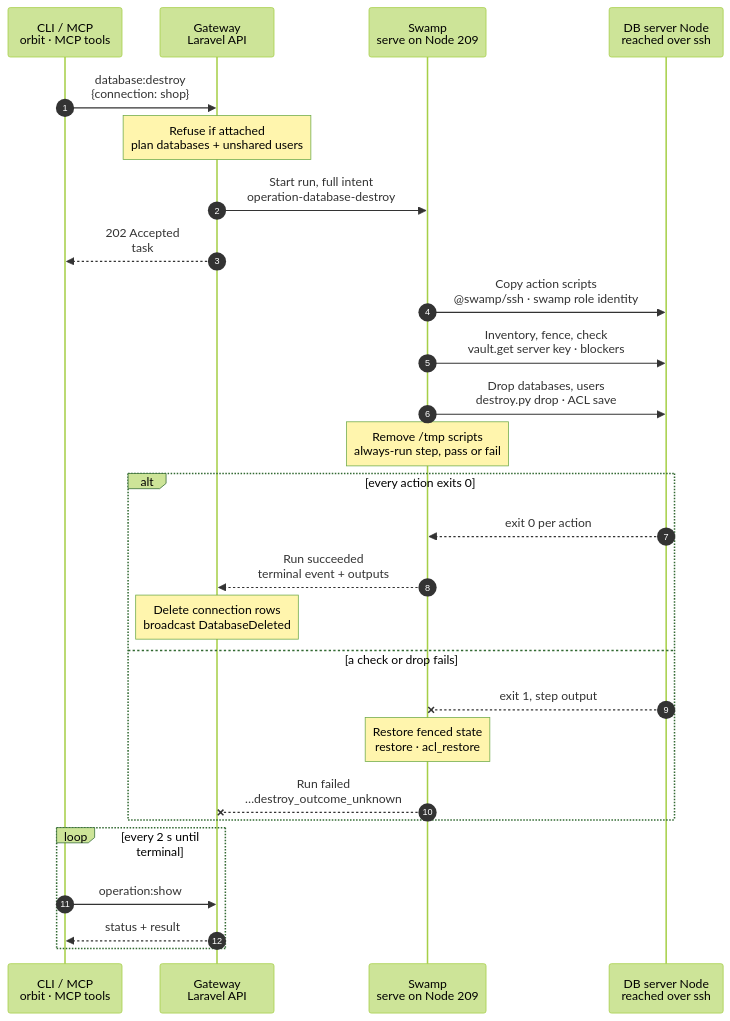
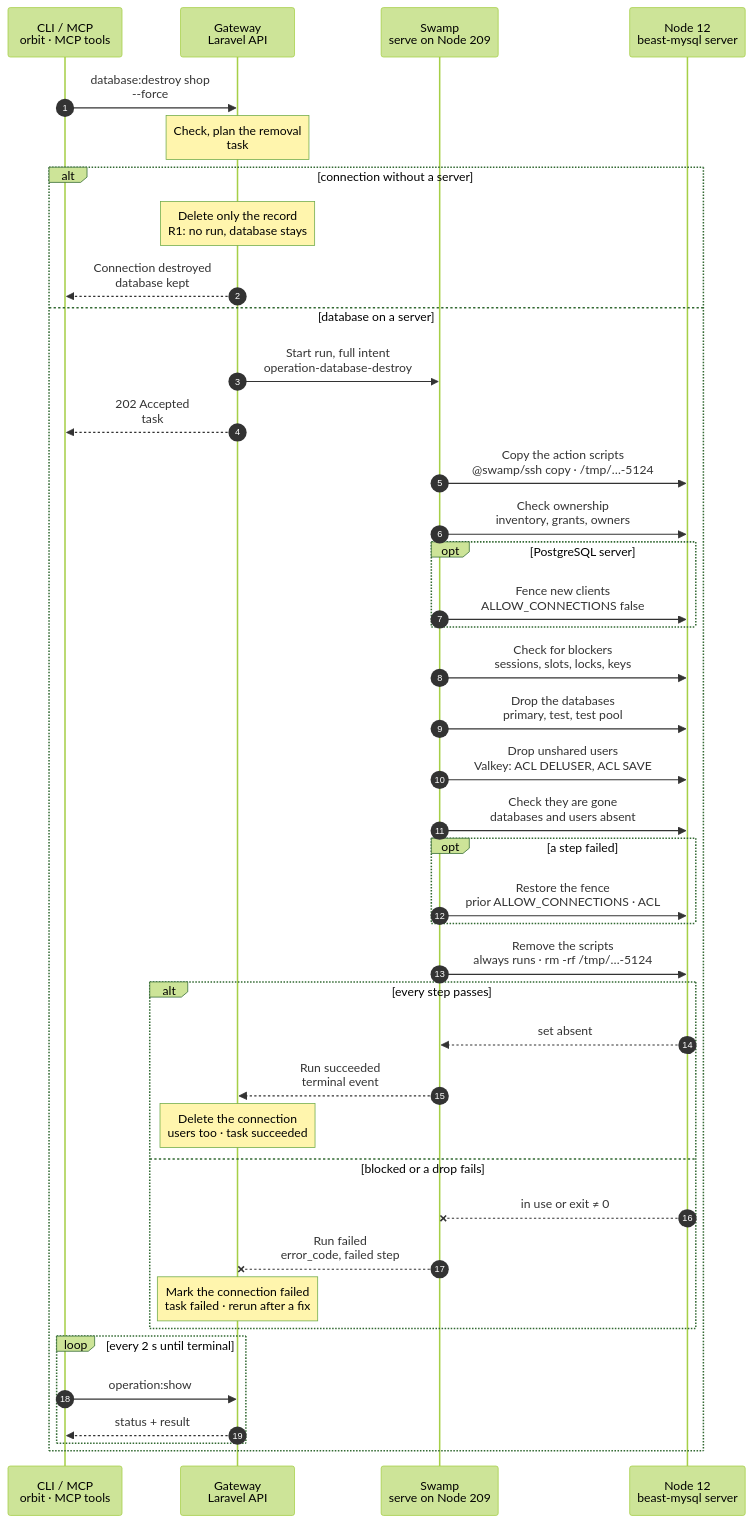
One commit to hardimpactdev/orbit changed the diagram in docs/flows/database.destroy.mmd. Above: the diagram before and after it, drawn with Mermaid (forest theme). The commit also changed 8 other files, not shown here.

First line of the commit message:
docs(flows): wave 4 database charts (#2437)

```diff
--- a/docs/flows/database.destroy.mmd
+++ b/docs/flows/database.destroy.mmd
@@ -1,33 +1,157 @@
 sequenceDiagram
-  %% Target design: ADR 0244 task + single-swamp-node; DECISIONS R3 (server key by name, no root password in intent), 5 (swamp role SSH identity), always-run cleanup.
+  %% Target design: ADR 0244 task, DECISIONS R1-R4, 5 (swamp role SSH identity), round 2 bugs (server admin password by its own vault key, cleanup on pass or fail). docs/reference/database-servers.md#remove-a-database.
   %% status: draft
+  %% command: database:destroy
   autonumber
   %% lane CLI icon=terminal pill=caller tone=gray
   %% lane GW icon=gateway pill=intent tone=blue
   %% lane SW icon=workflow pill=executes tone=green
   %% lane N icon=server pill=target tone=amber
   participant CLI as CLI / MCP<br/>orbit · MCP tools
   participant GW as Gateway<br/>Laravel API
   participant SW as Swamp<br/>serve on Node 209
-  participant N as DB server Node<br/>reached over ssh
-  CLI->>GW: database:destroy<br/>{connection: shop}
-  Note over GW: Refuse if attached<br/>plan databases + unshared users
-  GW->>SW: Start run, full intent<br/>operation-database-destroy
-  GW-->>CLI: 202 Accepted<br/>task #5124
-  SW->>N: Copy action scripts<br/>@swamp/ssh · swamp role identity
-  SW->>N: Inventory, fence, check<br/>vault.get server key · blockers
-  SW->>N: Drop databases, users<br/>destroy.py drop · ACL save
-  Note over SW: Remove /tmp scripts<br/>always-run step, pass or fail
-  alt every action exits 0
-    N-->>SW: exit 0 per action
-    SW-->>GW: Run succeeded<br/>terminal event + outputs
-    Note over GW: Delete connection rows<br/>broadcast DatabaseDeleted
-  else a check or drop fails
-    N--xSW: exit 1, step output
-    Note over SW: Restore fenced state<br/>restore · acl_restore
-    SW--xGW: Run failed<br/>…destroy_outcome_unknown
+  participant N as Node 12<br/>beast-mysql server
+  CLI->>GW: database:destroy shop<br/>--force
+  %%> Command:
+  %%> - `orbit database:destroy shop --force`
+  %%> - syntax: `<slug> [--force] [--idempotency-key=KEY]`
+  %%> Input:
+  %%> - the connection slug, as `database:list` shows it
+  %%> Confirmation:
+  %%> - without `--force`, the CLI asks first; the default is No
+  %%> - with `--json` or without a terminal, `--force` is required (`database.confirmation_required`)
+  Note over GW: Check, plan the removal<br/>task #5124 · lock beast-mysql
+  %%> Requirements:
+  %%> - your Node has an access grant to Node 12
+  %%> - no Instance attaches `shop` (`database.connection_attached`); detach with `instance:database:remove` first
+  %%> - AI router setup and Analytics do not use it
+  %%> - no database creation or other removal runs on `beast-mysql`; the Gateway holds one lock per Database server
+  %%> Plans:
+  %%> - the databases: `shop`, its test database and, on PostgreSQL, the recorded test pool
+  %%> - the users Orbit created for `shop` that no other connection on the server uses
+  %%> - system databases such as `mysql` or `postgres` are refused before any run
+  %%> Decides:
+  %%> - whether only the record goes, or the database must leave the server
+  alt connection without a server
+    Note over GW: Delete only the record<br/>R1: no run, database stays
+    %%> When:
+    %%> - a registered external database or SQLite file, or a Valkey connection that logs in as `default`
+    %%> Result:
+    %%> - connection `shop` is deleted
+    %%> - the database itself stays where it is; Orbit never created it
+    %%> - no Swamp run starts (R1)
+    GW-->>CLI: Connection destroyed<br/>database kept
+    %%> What you get:
+    %%> - the final result at once; there is nothing to follow
+  else database on a server
+    GW->>SW: Start run, full intent<br/>operation-database-destroy
+    %%> What it does:
+    %%> - starts one Swamp run on serve (Node 209)
+    %%> Inputs:
+    %%> - the planned databases, test prefix, test pool and unshared users
+    %%> - the vault key name `database-server-3-admin`; the admin password itself never enters the intent
+    %%> - Node 12's address and SSH host keys; the SSH identity comes from the `swamp` role
+    GW-->>CLI: 202 Accepted<br/>task #5124
+    %%> What you get:
+    %%> - the task number, at once
+    %%> Next:
+    %%> - the CLI follows the task with `operation:show`
+    SW->>N: Copy the action scripts<br/>@swamp/ssh copy · /tmp/…-5124
+    %%> How:
+    %%> - Swamp reaches Node 12 over SSH from 209 with the official `@swamp/ssh` behavior
+    %%> - the SSH identity is the one the `swamp` role owns, at its one role-defined place
+    %%> What it does:
+    %%> - copies the shipped action scripts into `/tmp/orbit-database-destroy-5124`
+    %%> - each later step reads the admin password with `vault.get` and passes it on standard input
+    SW->>N: Check ownership<br/>inventory, grants, owners
+    %%> What it does:
+    %%> - MySQL: lists every database that starts with the test prefix and checks the user's full grants
+    %%> - PostgreSQL: checks that the managed owner owns every planned database
+    %%> - Valkey: saves the planned ACL users, so a failed removal can put them back
+    %%> Refuses:
+    %%> - a database or user that is not Orbit's; nothing changes
+    opt PostgreSQL server
+      SW->>N: Fence new clients<br/>ALLOW_CONNECTIONS false
+      %%> What it does:
+      %%> - stops new clients from connecting to every planned database
+      %%> - journals each database's prior value in `orbit_admin.database_removal_fences`, in the same transaction
+      %%> Not included:
+      %%> - existing clients stay connected; Orbit never force-disconnects them
+    end
+    SW->>N: Check for blockers<br/>sessions, slots, locks, keys
+    %%> What it does:
+    %%> - checks the whole set before the first drop
+    %%> Blocks:
+    %%> - PostgreSQL: sessions, replication slots, prepared transactions, subscriptions, outside dependencies of a removed role
+    %%> - MySQL: connected clients, metadata locks, outside definers, cross-schema foreign keys
+    %%> Refuses:
+    %%> - any blocker gives `database.in_use`; nothing is dropped
+    SW->>N: Drop the databases<br/>primary, test, test pool
+    %%> What it does:
+    %%> - drops each planned database; a missing one counts as removed
+    %%> Per driver:
+    %%> - Valkey: no database; the user's keys stay
+    SW->>N: Drop unshared users<br/>Valkey: ACL DELUSER, ACL SAVE
+    %%> What it does:
+    %%> - drops each planned user that no other connection on `beast-mysql` uses
+    %%> - Valkey: deletes the ACL user, then saves the ACL file
+    SW->>N: Check they are gone<br/>databases and users absent
+    %%> What it does:
+    %%> - checks that no planned database or user is left on the server
+    %%> Why:
+    %%> - the removal only counts when the server shows it
+    opt a step failed
+      SW->>N: Restore the fence<br/>prior ALLOW_CONNECTIONS · ACL
+      %%> When:
+      %%> - only after a failed step, and only when the run fenced PostgreSQL databases or saved Valkey users
+      %%> What it does:
+      %%> - PostgreSQL: gives each surviving database its exact prior value from the journal
+      %%> - Valkey: puts back the saved ACL users and saves the file
+      %%> If it fails:
+      %%> - the journal stays; the next `database:destroy` restores or finishes
+    end
+    SW->>N: Remove the scripts<br/>always runs · rm -rf /tmp/…-5124
+    %%> When:
+    %%> - always, as the last Node step, whether the steps above passed or failed
+    %%> What it does:
+    %%> - removes `/tmp/orbit-database-destroy-5124`, so no scripts stay on Node 12
+    %%> If it fails:
+    %%> - the task result does not change; the directory holds no secrets
+    alt every step passes
+      N-->>SW: set absent
+      %%> Returns:
+      %%> - the check passed for every database and user
+      SW-->>GW: Run succeeded<br/>terminal event
+      %%> How the Gateway learns it:
+      %%> - its shared run reader sees the terminal event; Swamp never calls the Gateway
+      Note over GW: Delete the connection<br/>users too · task succeeded
+      %%> Result:
+      %%> - connection `shop` and its recorded users are deleted
+      %%> - task #5124 succeeds
+    else blocked or a drop fails
+      N--xSW: in use or exit ≠ 0
+      %%> When:
+      %%> - a blocker, an ownership refusal, a failed drop, or a lost SSH connection
+      SW--xGW: Run failed<br/>error_code, failed step
+      %%> The Gateway reads:
+      %%> - which step failed and its error code, for example `database.in_use`
+      Note over GW: Mark the connection failed<br/>task failed · rerun after a fix
+      %%> Result:
+      %%> - connection `shop` stays, marked failed, with its users and attachments
+      %%> - task #5124 fails
+      %%> On the Node:
+      %%> - after a blocker, nothing was dropped
+      %%> - after a failed drop, the dropped objects stay gone; there is no rollback
+      %%> Retry:
+      %%> - stop the clients or remove the blockers, then run the same command again
+      %%> - a rerun repeats the checks and counts missing objects as removed
+    end
+    loop every 2 s until terminal
+      CLI->>GW: operation:show #5124
+      %%> What it does:
+      %%> - asks for the task's status every 2 seconds until it has ended
+      GW-->>CLI: status + result
+      %%> Returns:
+      %%> - the current status, and the result once the task has ended
+    end
   end
-  loop every 2 s until terminal
-    CLI->>GW: operation:show #5124
-    GW-->>CLI: status + result
-  end
```
